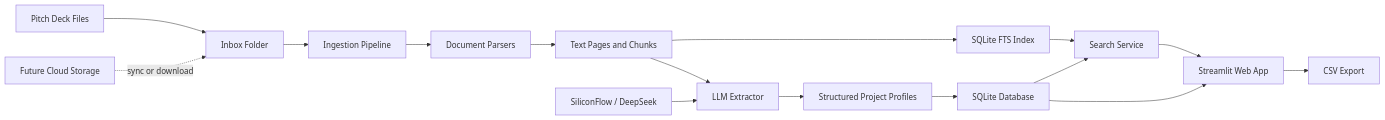
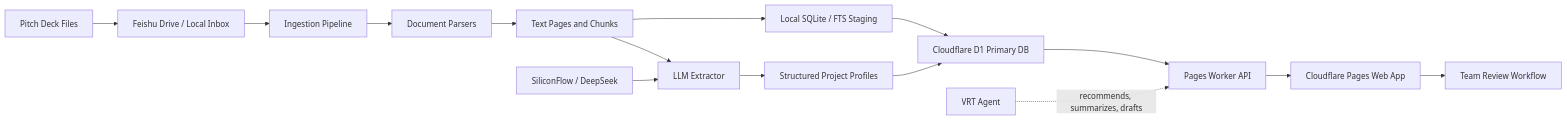
One commit to zfyaryan-wq/bp-screener changed the diagram in README.md. Above: the diagram before and after it, drawn with Mermaid. The commit also changed other lines of this file and 6 other files, not shown here.

Commit message:
Harden architecture baseline

````diff
--- a/README.md
+++ b/README.md
@@ -28,19 +29,18 @@
 ```mermaid
 flowchart LR
-    A[Pitch Deck Files] --> B[Inbox Folder]
+    A[Pitch Deck Files] --> B[Feishu Drive / Local Inbox]
     B --> C[Ingestion Pipeline]
     C --> D[Document Parsers]
     D --> E[Text Pages and Chunks]
     E --> F[LLM Extractor]
-    E --> G[SQLite FTS Index]
+    E --> G[Local SQLite / FTS Staging]
     F --> H[Structured Project Profiles]
-    H --> I[SQLite Database]
-    G --> J[Search Service]
-    I --> J
-    J --> K[Streamlit Web App]
-    I --> K
-    K --> L[CSV Export]
+    H --> I[Cloudflare D1 Primary DB]
+    G --> I
+    I --> J[Pages Worker API]
+    J --> K[Cloudflare Pages Web App]
+    K --> L[Team Review Workflow]
 
     M[SiliconFlow / DeepSeek] --> F
-    N[Future Cloud Storage] -. sync or download .-> B
+    N[VRT Agent] -. recommends, summarizes, drafts .-> J
 ```
````
